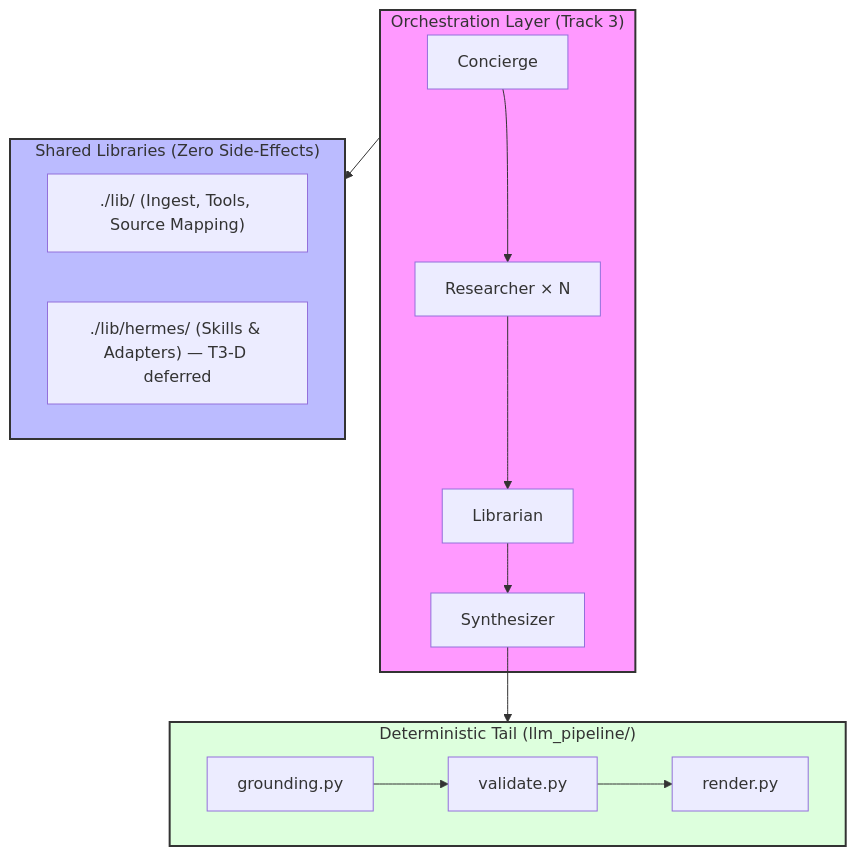
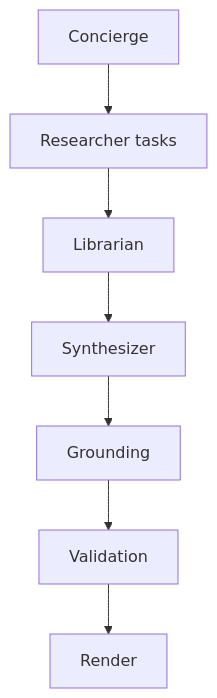
The diagram in agentic/hermes/docs/ARCHITECTURE.md (mameen/AI_Digest), drawn with Mermaid before and after one commit. The commit also changed other lines of this file and 22 other files, not shown here.

````diff
--- a/agentic/hermes/docs/ARCHITECTURE.md
+++ b/agentic/hermes/docs/ARCHITECTURE.md
@@ -11,25 +9,9 @@
 ```mermaid
 flowchart TD
-    subgraph Orchestration["Orchestration Layer (Track 3)"]
-        A[Concierge] --> B[Researcher × N]
-        B --> C[Librarian]
-        C --> D[Synthesizer]
-    end
-
-    subgraph SharedLibs["Shared Libraries (Zero Side-Effects)"]
-        E["./lib/ (Ingest, Tools, Source Mapping)"]
-        F["./lib/hermes/ (Skills & Adapters) — T3-D deferred"]
-    end
-
-    subgraph Tail["Deterministic Tail (llm_pipeline/)"]
-        G[grounding.py] --> H[validate.py] --> I[render.py]
-    end
-
-    Orchestration --> SharedLibs
-    D --> Tail
-
-    style Orchestration fill:#f9f,stroke:#333,stroke-width:2px
-    style SharedLibs fill:#bbf,stroke:#333,stroke-width:2px
-    style Tail fill:#dfd,stroke:#333,stroke-width:2px
-
+    A[Concierge] --> B[Researcher tasks]
+    B --> C[Librarian]
+    C --> D[Synthesizer]
+    D --> E[Grounding]
+    E --> F[Validation]
+    F --> G[Render]
 ```
````
